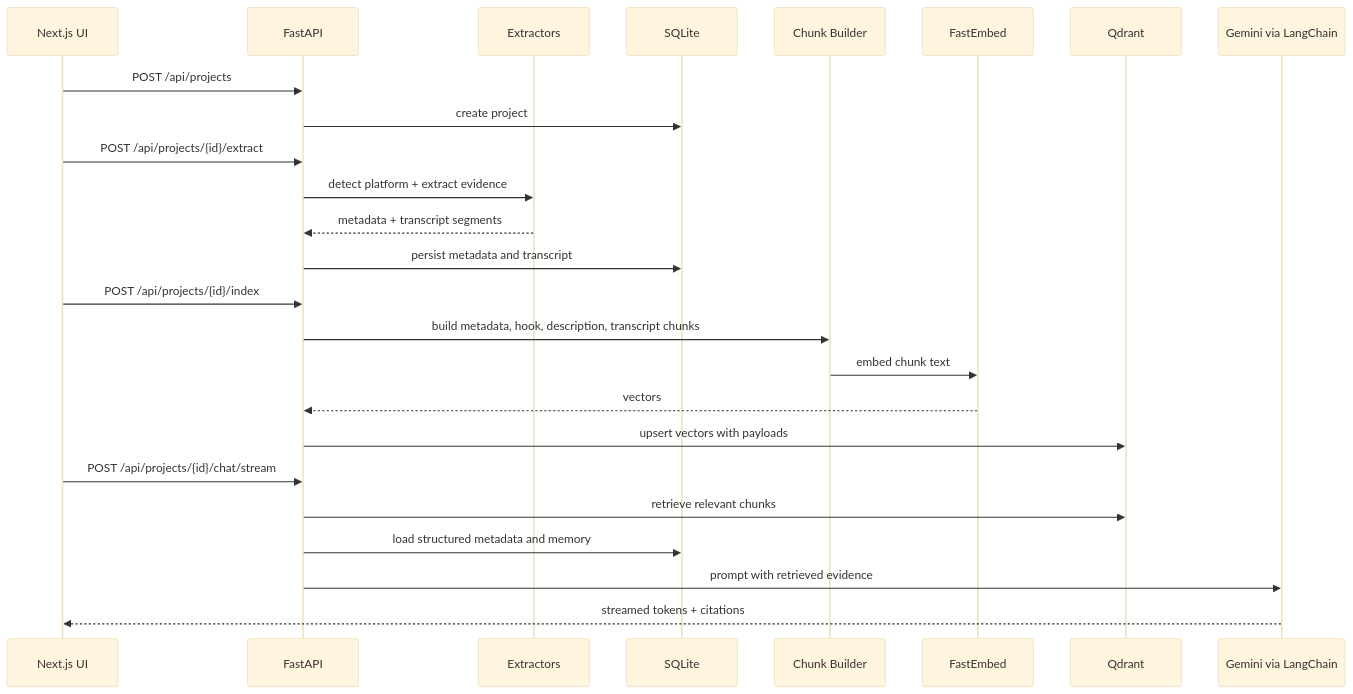
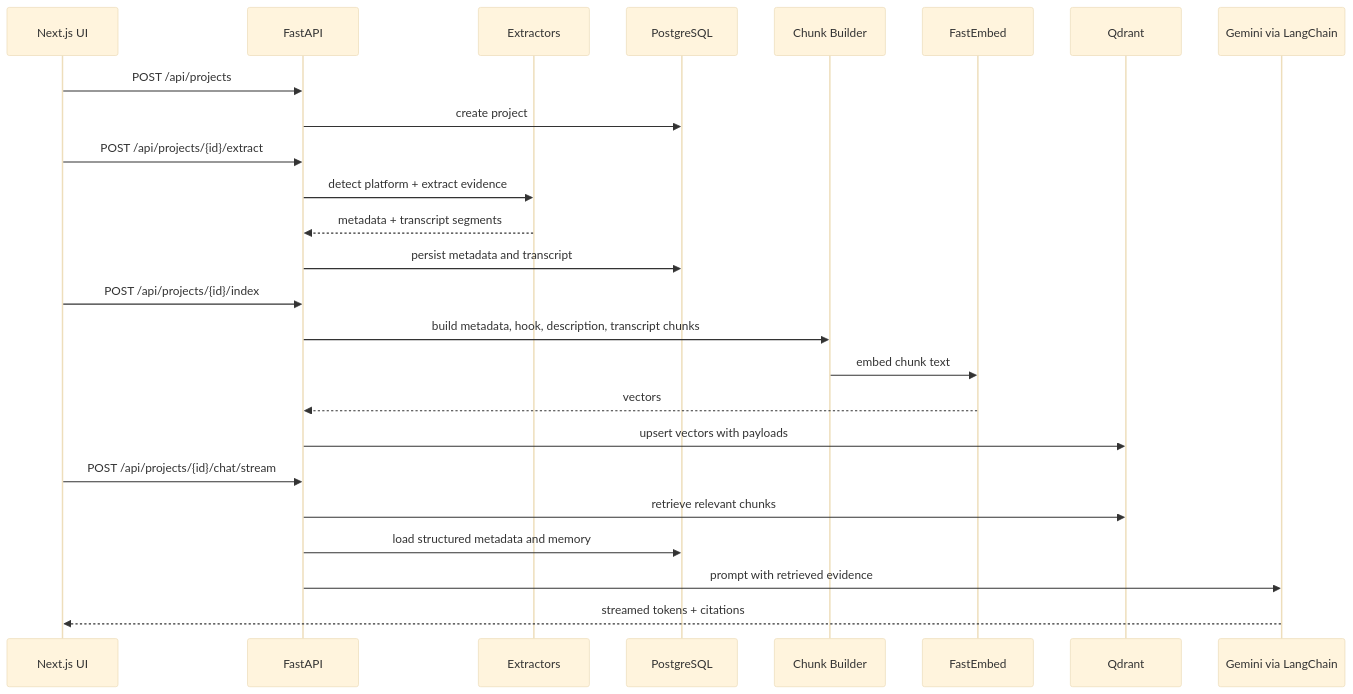
One commit to DiloJan-26/CreatorLens-AI changed the second of 5 diagrams in README.md. Above: the diagram before and after it, drawn with Mermaid (base theme). The commit also changed other lines of this file and 53 other files, not shown here.

Commit message:
Persistance db setup : PostgreSQL Persistence Foundation setted up

````diff
--- a/README.md
+++ b/README.md
@@ -111,28 +111,28 @@
 ```mermaid
 sequenceDiagram
     participant UI as Next.js UI
     participant API as FastAPI
     participant EX as Extractors
-    participant DB as SQLite
+    participant DB as PostgreSQL
     participant CB as Chunk Builder
     participant EMB as FastEmbed
     participant VDB as Qdrant
     participant LLM as Gemini via LangChain
 
     UI->>API: POST /api/projects
     API->>DB: create project
     UI->>API: POST /api/projects/{id}/extract
     API->>EX: detect platform + extract evidence
     EX-->>API: metadata + transcript segments
     API->>DB: persist metadata and transcript
     UI->>API: POST /api/projects/{id}/index
     API->>CB: build metadata, hook, description, transcript chunks
     CB->>EMB: embed chunk text
     EMB-->>API: vectors
     API->>VDB: upsert vectors with payloads
     UI->>API: POST /api/projects/{id}/chat/stream
     API->>VDB: retrieve relevant chunks
     API->>DB: load structured metadata and memory
     API->>LLM: prompt with retrieved evidence
     LLM-->>UI: streamed tokens + citations
 ```
````
